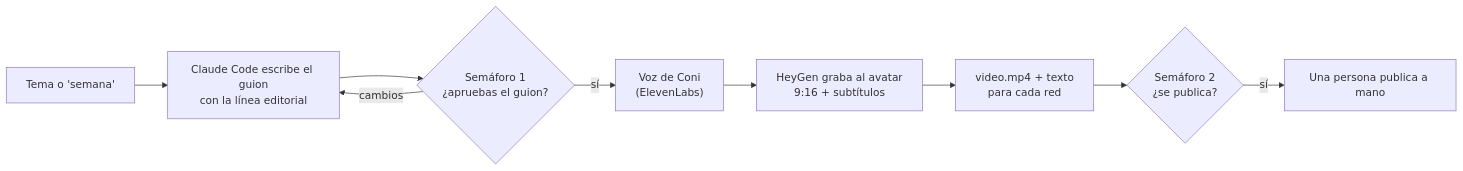
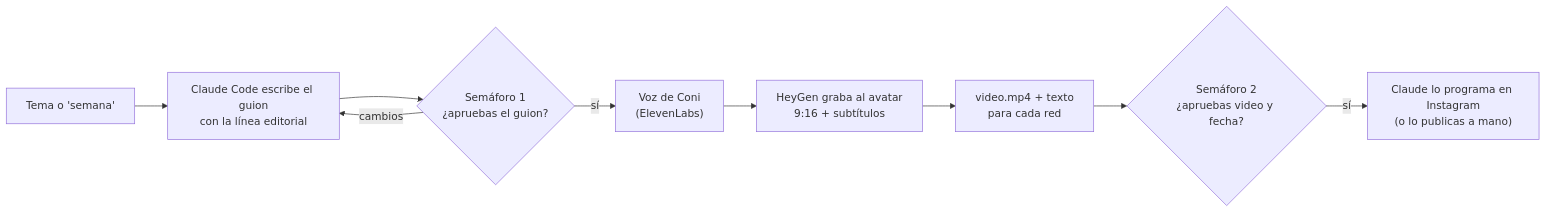
The diagram in GUIA-CLAUDE-CODE-HEYGEN.md (wearevision/coniheygen), drawn with Mermaid before and after one commit. The commit also changed other lines of this file and 9 other files, not shown here.

````diff
--- a/GUIA-CLAUDE-CODE-HEYGEN.md
+++ b/GUIA-CLAUDE-CODE-HEYGEN.md
@@ -32,11 +33,11 @@
 ```mermaid
 flowchart LR
   A["Tema o 'semana'"] --> B["Claude Code escribe el guion<br/>con la línea editorial"]
   B --> C{"Semáforo 1<br/>¿apruebas el guion?"}
   C -- cambios --> B
   C -- sí --> D["Voz de Coni<br/>(ElevenLabs)"]
   D --> E["HeyGen graba al avatar<br/>9:16 + subtítulos"]
   E --> F["video.mp4 + texto<br/>para cada red"]
-  F --> G{"Semáforo 2<br/>¿se publica?"}
-  G -- sí --> H["Una persona publica a mano"]
+  F --> G{"Semáforo 2<br/>¿apruebas video y fecha?"}
+  G -- sí --> H["Claude lo programa en Instagram<br/>(o lo publicas a mano)"]
 ```
````
